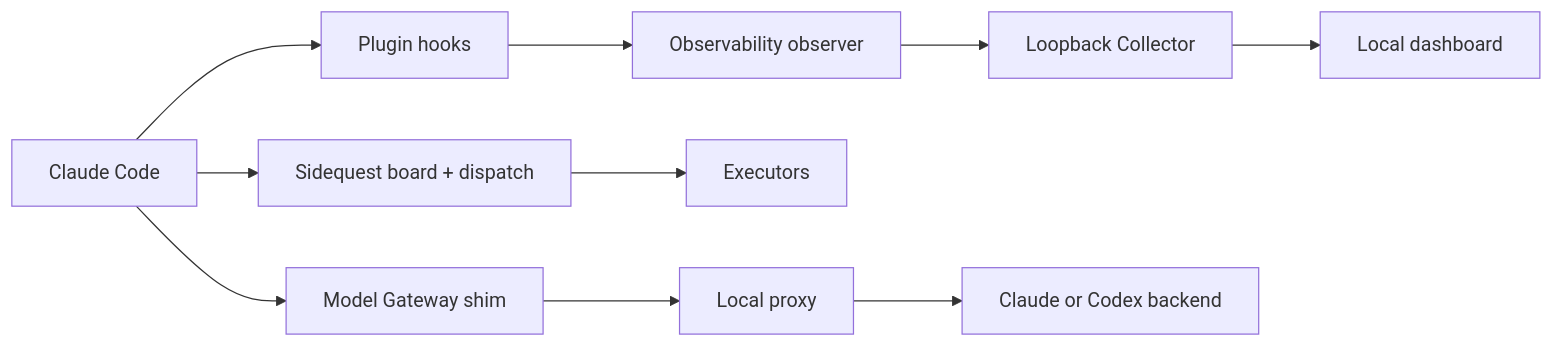
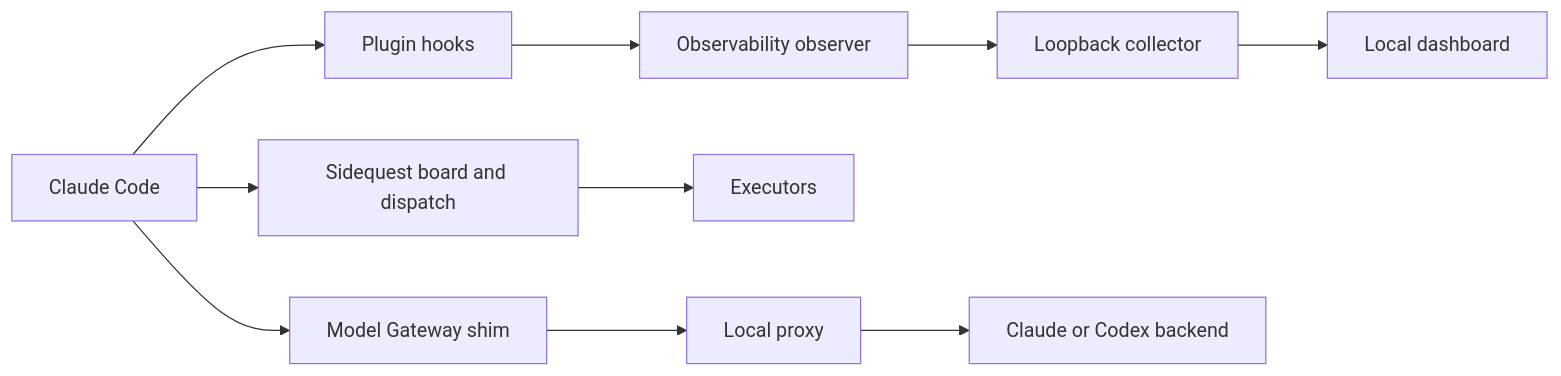
Before and after one commit to Eigenwise/eigenwise-toolshed: the diagram in docs/src/content/docs/architecture.md, drawn with Mermaid. The commit also changed other lines of this file and 7 other files, not shown here.

````diff
--- a/docs/src/content/docs/architecture.md
+++ b/docs/src/content/docs/architecture.md
@@ -8,12 +10,12 @@
 ```mermaid
 flowchart LR
   CC[Claude Code] --> H[Plugin hooks]
   H --> O[Observability observer]
-  O --> C[Loopback Collector]
-  C --> G[Local dashboard]
-  CC --> S[Sidequest board + dispatch]
+  O --> C[Loopback collector]
+  C --> D[Local dashboard]
+  CC --> S[Sidequest board and dispatch]
   S --> E[Executors]
   CC --> W[Model Gateway shim]
   W --> P[Local proxy]
   P --> API[Claude or Codex backend]
 ```
````
